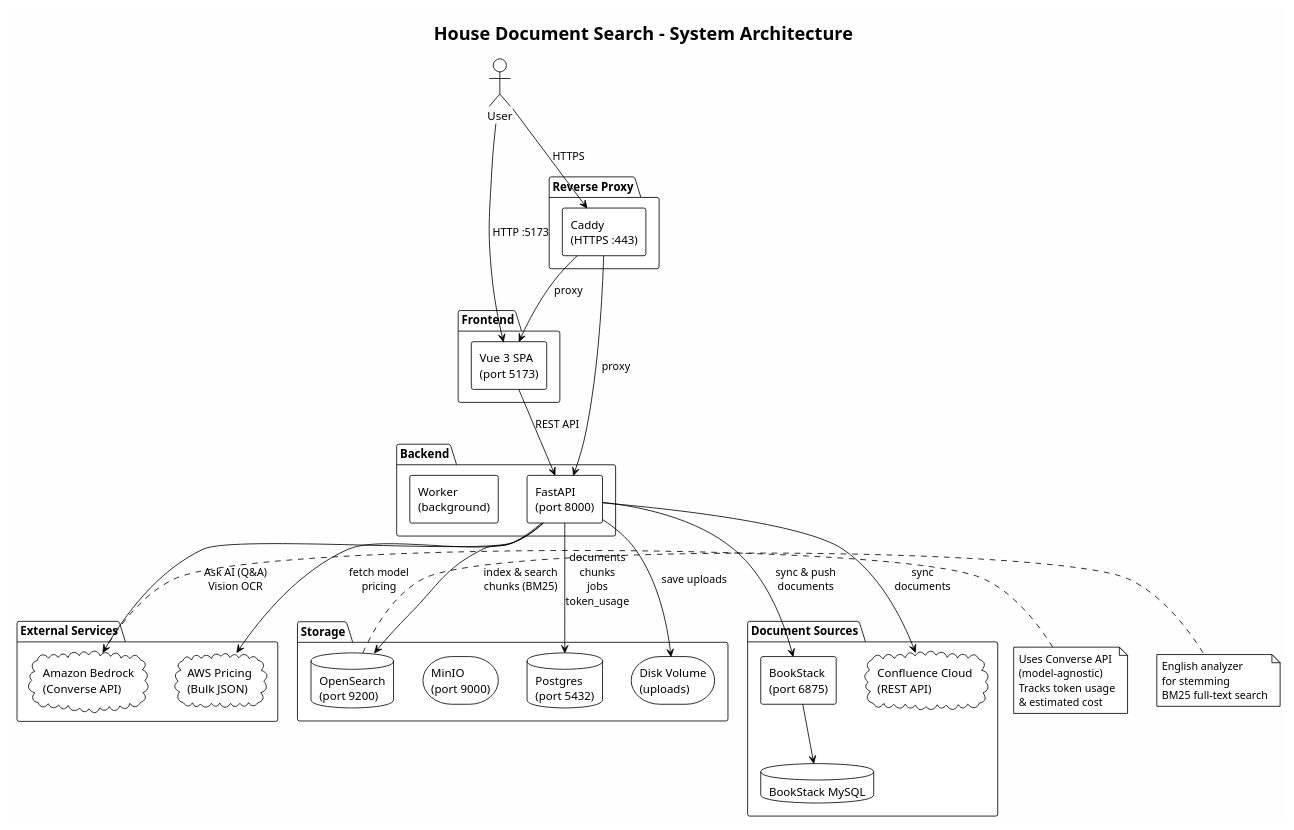
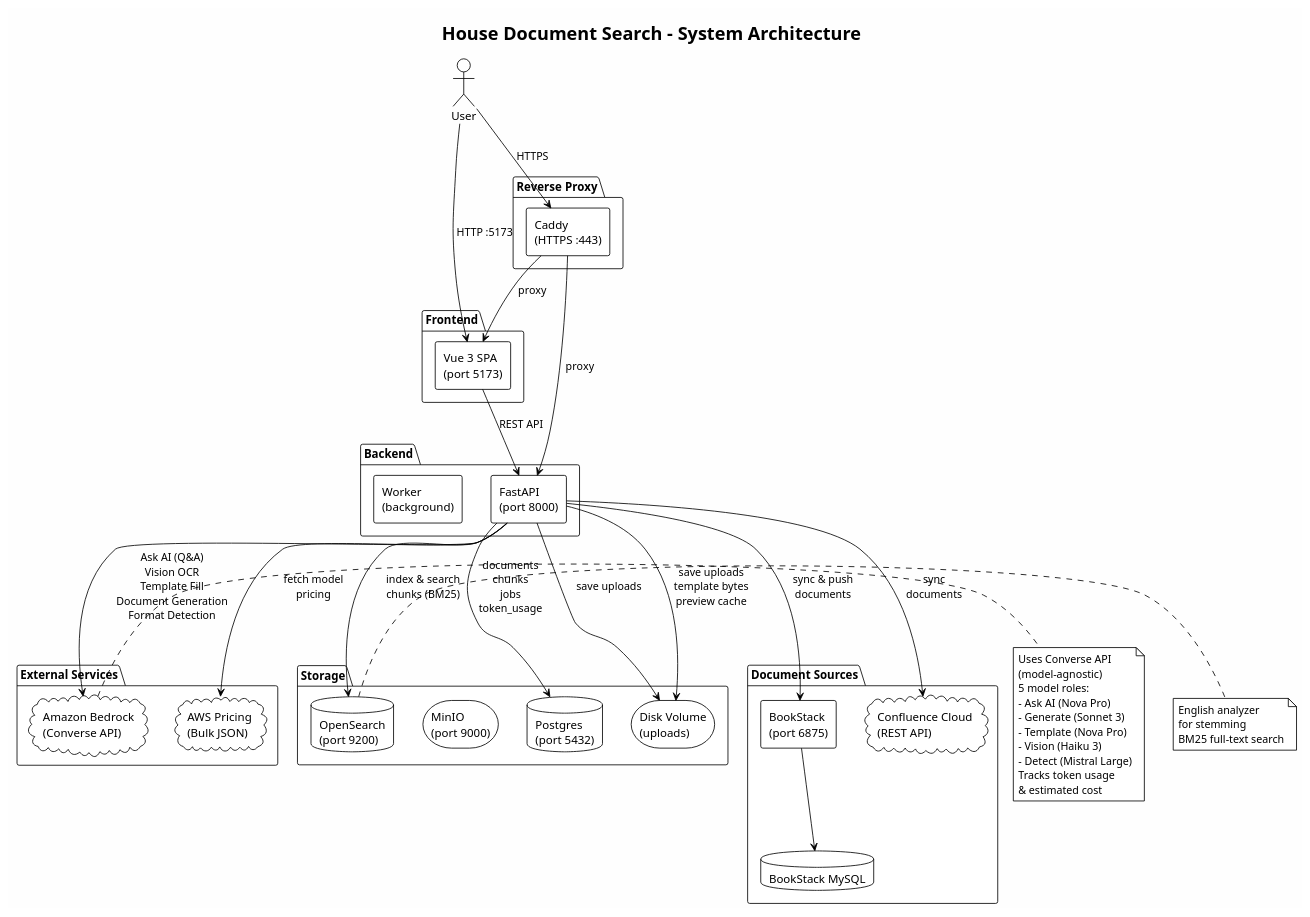
One commit to vampireLibrarianMonk/document_search changed the diagram in docs/diagrams/architecture.puml. Above: the diagram before and after it, drawn with PlantUML. The commit also changed 16 other files, not shown here.

```diff
--- a/docs/diagrams/architecture.puml
+++ b/docs/diagrams/architecture.puml
@@ -1,68 +1,75 @@
 @startuml architecture
 !theme plain
 skinparam backgroundColor #FEFEFE
 skinparam componentStyle rectangle
 
 title House Document Search - System Architecture
 
 actor "User" as user
 
 package "Frontend" {
   [Vue 3 SPA\n(port 5173)] as frontend
 }
 
 package "Reverse Proxy" {
   [Caddy\n(HTTPS :443)] as caddy
 }
 
 package "Backend" {
   [FastAPI\n(port 8000)] as api
   [Worker\n(background)] as worker
 }
 
 package "Storage" {
   database "Postgres\n(port 5432)" as pg
   database "OpenSearch\n(port 9200)" as os
   storage "MinIO\n(port 9000)" as minio
   storage "Disk Volume\n(uploads)" as disk
 }
 
 package "External Services" {
   cloud "Amazon Bedrock\n(Converse API)" as bedrock
   cloud "AWS Pricing\n(Bulk JSON)" as pricing
 }
 
 package "Document Sources" {
   [BookStack\n(port 6875)] as bookstack
   database "BookStack MySQL" as bsdb
   cloud "Confluence Cloud\n(REST API)" as confluence
 }
 
 user --> caddy : HTTPS
 caddy --> frontend : proxy
 caddy --> api : proxy
 user --> frontend : HTTP :5173
 frontend --> api : REST API
 
 api --> pg : documents\nchunks\njobs\ntoken_usage
 api --> os : index & search\nchunks (BM25)
 api --> disk : save uploads
-api --> bedrock : Ask AI (Q&A)\nVision OCR
+api --> bedrock : Ask AI (Q&A)\nVision OCR\nTemplate Fill\nDocument Generation\nFormat Detection
 api --> pricing : fetch model\npricing
 api --> bookstack : sync & push\ndocuments
 api --> confluence : sync\ndocuments
+api --> disk : save uploads\ntemplate bytes\npreview cache
 bookstack --> bsdb
 
 note right of bedrock
   Uses Converse API
   (model-agnostic)
+  5 model roles:
+  - Ask AI (Nova Pro)
+  - Generate (Sonnet 3)
+  - Template (Nova Pro)
+  - Vision (Haiku 3)
+  - Detect (Mistral Large)
   Tracks token usage
   & estimated cost
 end note
 
 note right of os
   English analyzer
   for stemming
   BM25 full-text search
 end note
 @enduml
```
